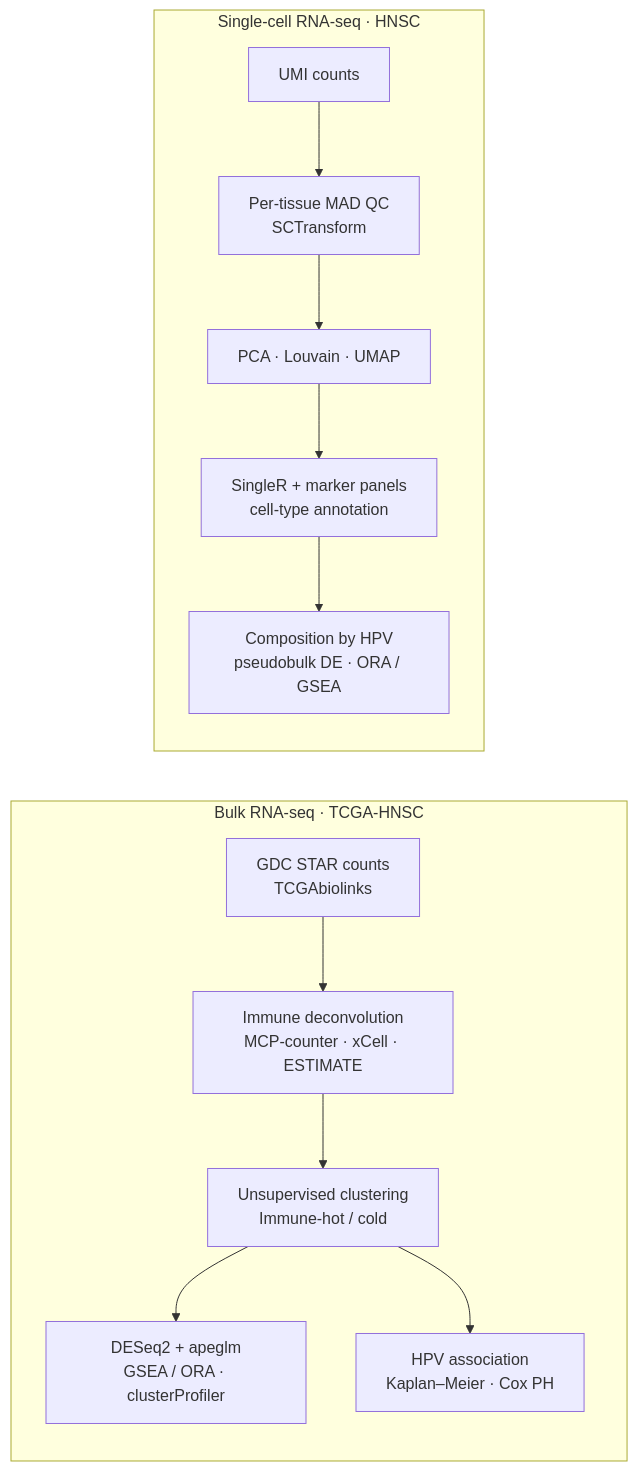
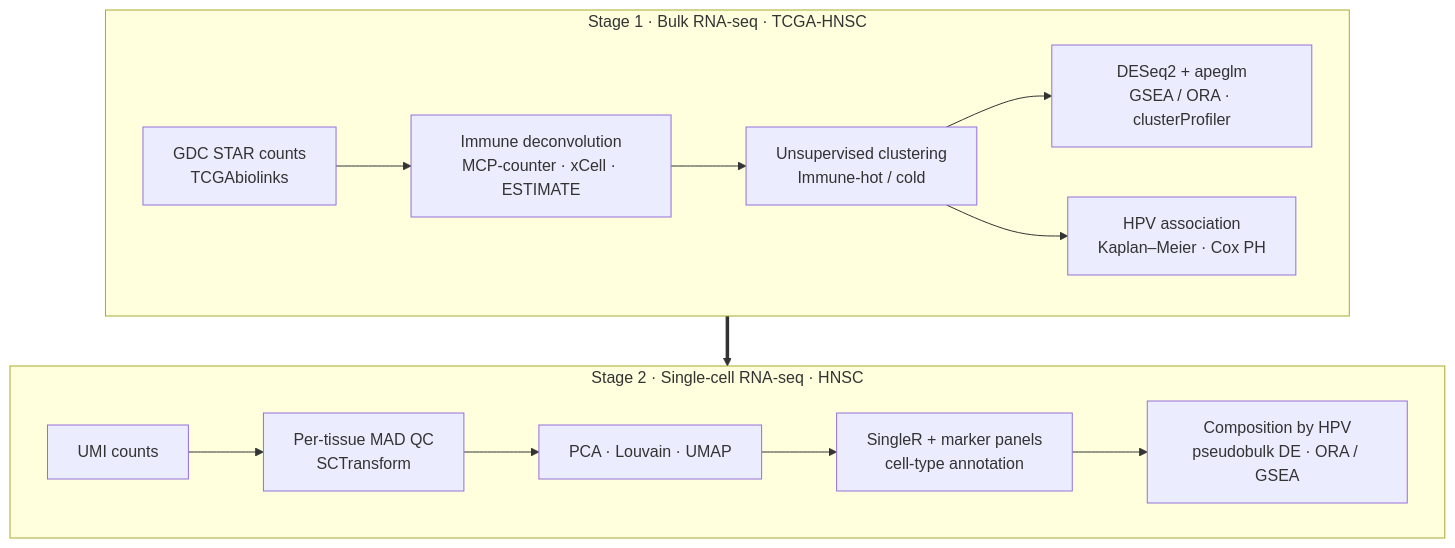
The diagram in README.md (bichngochuynh/head-neck-cancer-transcriptomics-analysis-by-R), drawn with Mermaid before and after one commit. The commit also changed other lines of this file, not shown here.

Commit message:
Order README: bulk RNA-seq (Stage 1) before single-cell (Stage 2)

````diff
--- a/README.md
+++ b/README.md
@@ -25,15 +25,18 @@
 ```mermaid
-flowchart LR
-    subgraph BULK["Bulk RNA-seq · TCGA-HNSC"]
+flowchart TB
+    subgraph BULK["Stage 1 · Bulk RNA-seq · TCGA-HNSC"]
+        direction LR
         A[GDC STAR counts<br/>TCGAbiolinks] --> B[Immune deconvolution<br/>MCP-counter · xCell · ESTIMATE]
         B --> C[Unsupervised clustering<br/>Immune-hot / cold]
         C --> D[DESeq2 + apeglm<br/>GSEA / ORA · clusterProfiler]
         C --> E[HPV association<br/>Kaplan–Meier · Cox PH]
     end
-    subgraph SC["Single-cell RNA-seq · HNSC"]
+    subgraph SC["Stage 2 · Single-cell RNA-seq · HNSC"]
+        direction LR
         F[UMI counts] --> G[Per-tissue MAD QC<br/>SCTransform]
         G --> H[PCA · Louvain · UMAP]
         H --> I[SingleR + marker panels<br/>cell-type annotation]
         I --> J[Composition by HPV<br/>pseudobulk DE · ORA / GSEA]
     end
+    BULK ==> SC
 ```
````
